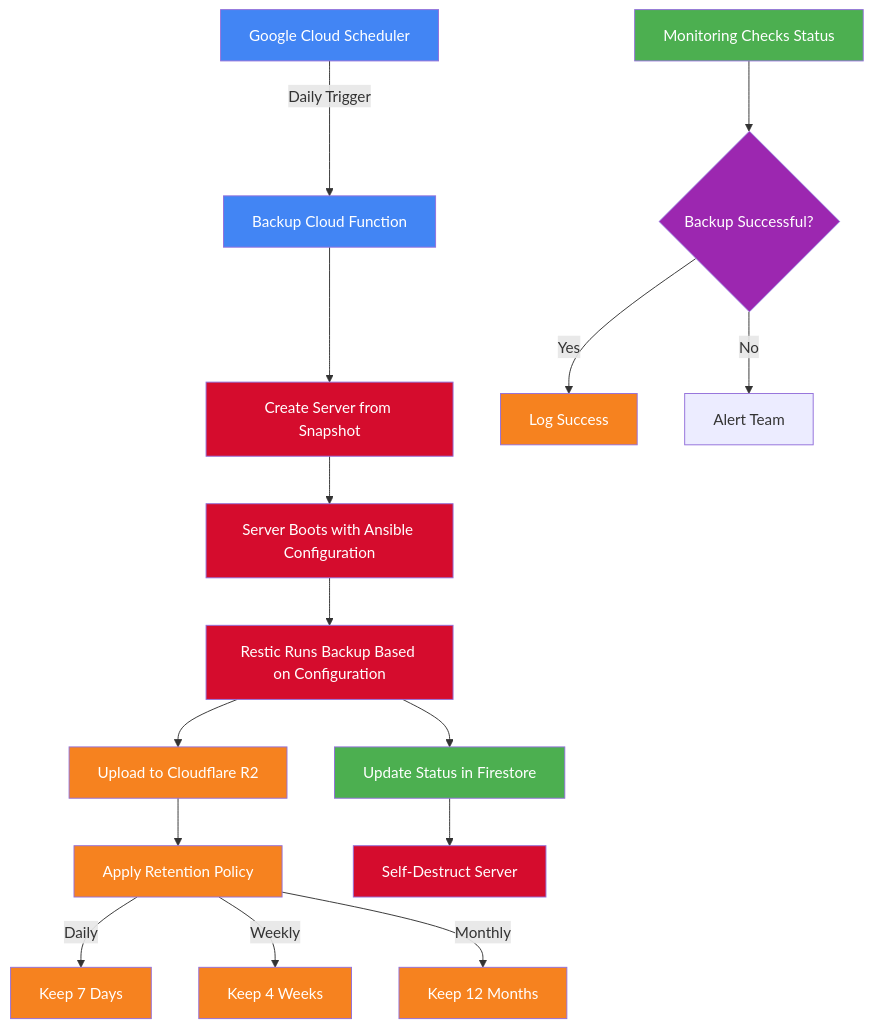
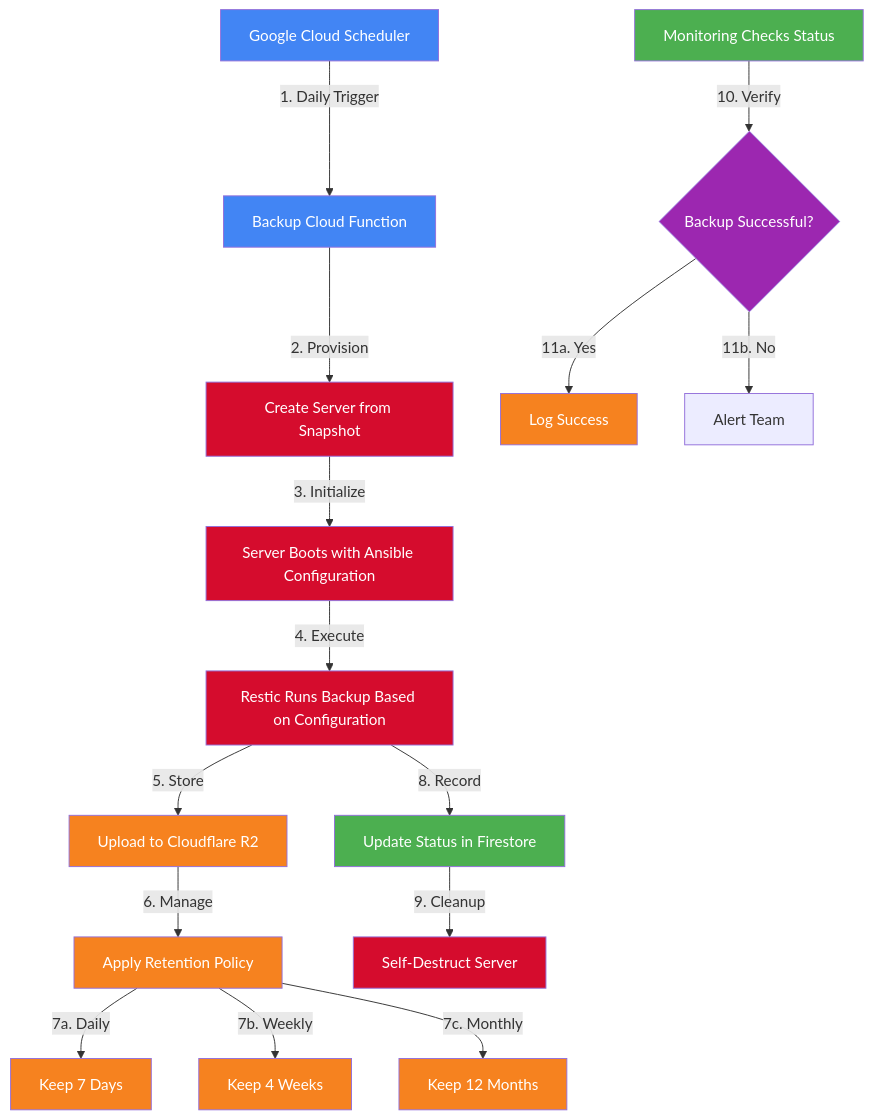
Before and after one commit to deepbrainspace/deepbrain-stack: the fourth of 7 diagrams in documentation/infrastructure-diagrams.md, drawn with Mermaid. The commit also changed other lines of this file, not shown here.

````diff
--- a/documentation/infrastructure-diagrams.md
+++ b/documentation/infrastructure-diagrams.md
@@ -203,34 +203,34 @@
 ```mermaid
 flowchart TD
-    A["Google Cloud Scheduler"] -->|Daily Trigger| B["Backup Cloud Function"]
-    B --> C["Create Server from Snapshot"]
-    C --> D["Server Boots with Ansible Configuration"]
+    A["Google Cloud Scheduler"] -->|1. Daily Trigger| B["Backup Cloud Function"]
+    B --> |2. Provision| C["Create Server from Snapshot"]
+    C --> |3. Initialize| D["Server Boots with Ansible Configuration"]
     
-    D --> E["Restic Runs Backup Based on Configuration"]
-    E --> F["Upload to Cloudflare R2"]
+    D --> |4. Execute| E["Restic Runs Backup Based on Configuration"]
+    E --> |5. Store| F["Upload to Cloudflare R2"]
     
-    F --> G["Apply Retention Policy"]
-    G -->|Daily| H["Keep 7 Days"]
-    G -->|Weekly| I["Keep 4 Weeks"]
-    G -->|Monthly| J["Keep 12 Months"]
+    F --> |6. Manage| G["Apply Retention Policy"]
+    G -->|7a. Daily| H["Keep 7 Days"]
+    G -->|7b. Weekly| I["Keep 4 Weeks"]
+    G -->|7c. Monthly| J["Keep 12 Months"]
     
-    E --> K["Update Status in Firestore"]
-    K --> L["Self-Destruct Server"]
+    E --> |8. Record| K["Update Status in Firestore"]
+    K --> |9. Cleanup| L["Self-Destruct Server"]
     
-    M["Monitoring Checks Status"] --> N{"Backup Successful?"}
-    N -->|Yes| O["Log Success"]
-    N -->|No| P["Alert Team"]
+    M["Monitoring Checks Status"] --> |10. Verify| N{"Backup Successful?"}
+    N -->|11a. Yes| O["Log Success"]
+    N -->|11b. No| P["Alert Team"]
     
     classDef gcp fill:#4285F4,color:white;
     classDef hetzner fill:#D50C2D,color:white;
     classDef cloudflare fill:#F6821F,color:white;
     classDef process fill:#4CAF50,color:white;
     classDef decision fill:#9C27B0,color:white;
     
     class A,B gcp;
     class C,D,E,L hetzner;
     class F,G,H,I,J,O cloudflare;
     class K,M process;
     class N decision;
     class P alert;
 ```
````
